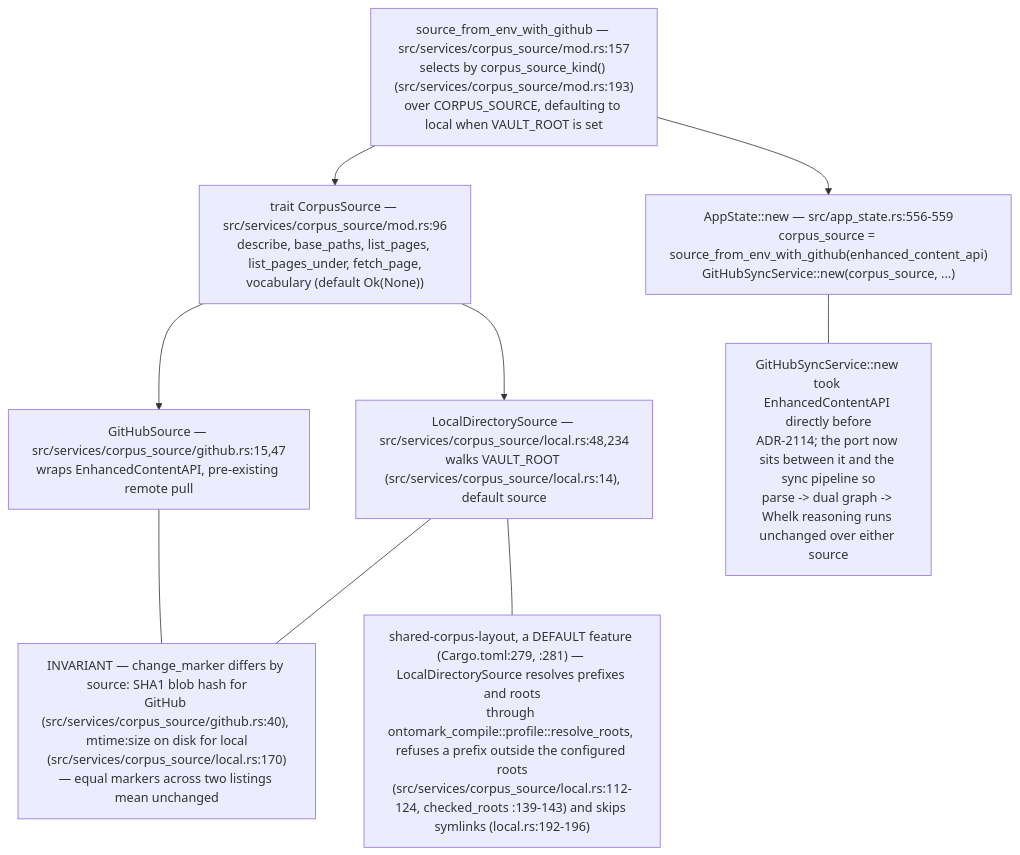
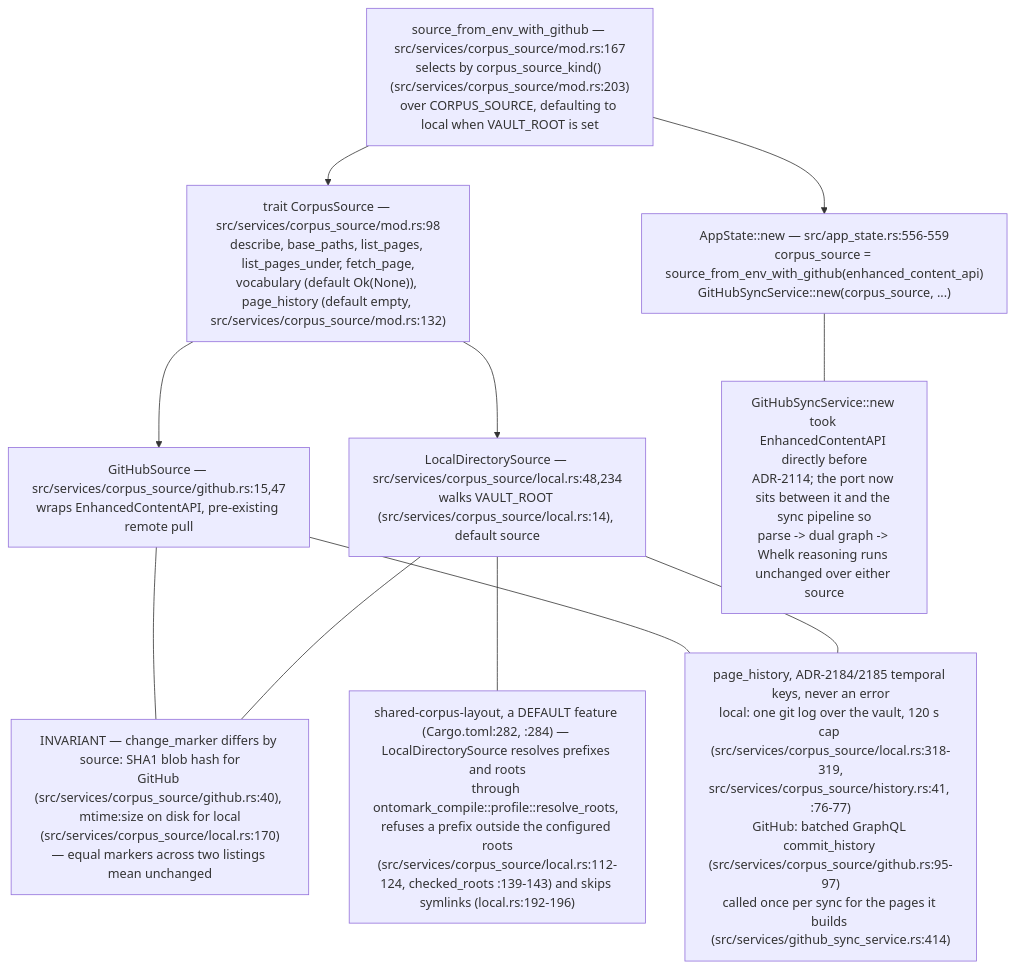
Before and after one commit to DreamLab-AI/VisionFlow: the ninth of 9 diagrams in docs/diagrams/visionclaw/07-hexagonal-ports-and-crates.md, drawn with Mermaid. The commit also changed other lines of this file and 56 other files, not shown here.

First line of the commit message:
docs(diagrams): re-verify VisionClaw topics at ec785afa9, add VC-19/56/57 and the VisionClaw register

````diff
--- a/docs/diagrams/visionclaw/07-hexagonal-ports-and-crates.md
+++ b/docs/diagrams/visionclaw/07-hexagonal-ports-and-crates.md
@@ -378,17 +392,20 @@
 ```mermaid
 flowchart TB
-    T["trait CorpusSource — src/services/corpus_source/mod.rs:96<br/>describe, base_paths, list_pages, list_pages_under, fetch_page,<br/>vocabulary (default Ok(None))"]
+    T["trait CorpusSource — src/services/corpus_source/mod.rs:98<br/>describe, base_paths, list_pages, list_pages_under, fetch_page,<br/>vocabulary (default Ok(None)), page_history (default empty, src/services/corpus_source/mod.rs:132)"]
     T --> L["LocalDirectorySource — src/services/corpus_source/local.rs:48,234<br/>walks VAULT_ROOT (src/services/corpus_source/local.rs:14), default source"]
     T --> G["GitHubSource — src/services/corpus_source/github.rs:15,47<br/>wraps EnhancedContentAPI, pre-existing remote pull"]
-    B["source_from_env_with_github — src/services/corpus_source/mod.rs:157<br/>selects by corpus_source_kind() (src/services/corpus_source/mod.rs:193)<br/>over CORPUS_SOURCE, defaulting to local when VAULT_ROOT is set"]
+    B["source_from_env_with_github — src/services/corpus_source/mod.rs:167<br/>selects by corpus_source_kind() (src/services/corpus_source/mod.rs:203)<br/>over CORPUS_SOURCE, defaulting to local when VAULT_ROOT is set"]
     B --> T
     AS["AppState::new — src/app_state.rs:556-559<br/>corpus_source = source_from_env_with_github(enhanced_content_api)<br/>GitHubSyncService::new(corpus_source, ...)"]
     B --> AS
     N1["INVARIANT — change_marker differs by source: SHA1 blob hash for<br/>GitHub (src/services/corpus_source/github.rs:40), mtime:size on disk for local<br/>(src/services/corpus_source/local.rs:170)<br/>— equal markers across two listings mean unchanged"]
     L --- N1
     G --- N1
     N2["GitHubSyncService::new took EnhancedContentAPI directly before<br/>ADR-2114; the port now sits between it and the sync pipeline so<br/>parse -> dual graph -> Whelk reasoning runs unchanged over either source"]
     AS --- N2
-    N3["shared-corpus-layout, a DEFAULT feature (Cargo.toml:279, :281) — LocalDirectorySource resolves prefixes and roots<br/>through ontomark_compile::profile::resolve_roots, refuses a prefix outside the configured roots<br/>(src/services/corpus_source/local.rs:112-124, checked_roots :139-143) and skips symlinks (local.rs:192-196)"]
+    H["page_history, ADR-2184/2185 temporal keys, never an error<br/>local: one git log over the vault, 120 s cap (src/services/corpus_source/local.rs:318-319,<br/>src/services/corpus_source/history.rs:41, :76-77)<br/>GitHub: batched GraphQL commit_history (src/services/corpus_source/github.rs:95-97)<br/>called once per sync for the pages it builds (src/services/github_sync_service.rs:414)"]
+    L --- H
+    G --- H
+    N3["shared-corpus-layout, a DEFAULT feature (Cargo.toml:282, :284) — LocalDirectorySource resolves prefixes and roots<br/>through ontomark_compile::profile::resolve_roots, refuses a prefix outside the configured roots<br/>(src/services/corpus_source/local.rs:112-124, checked_roots :139-143) and skips symlinks (local.rs:192-196)"]
     L --- N3
 ```
````
